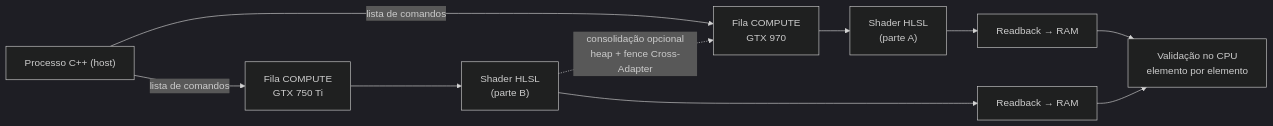
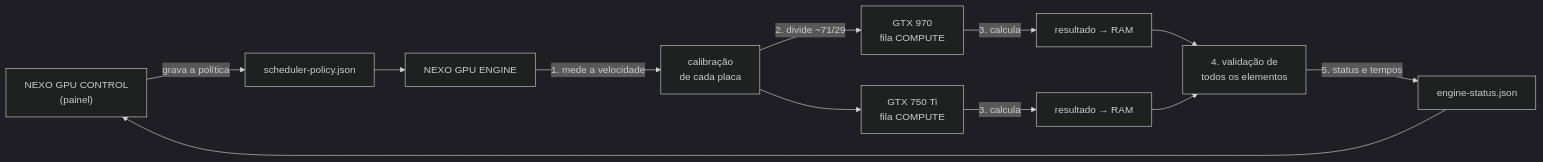
Before and after one commit to Bruno-Gadelha25/nexo-dual-gpu-lab: the first of 2 diagrams in README.md, drawn with Mermaid (dark theme). The commit also changed other lines of this file and 6 other files, not shown here.

````diff
--- a/README.md
+++ b/README.md
@@ -40,10 +104,14 @@
 ```mermaid
 flowchart LR
-  CPU["Processo C++ (host)"] -->|lista de comandos| Q0["Fila COMPUTE<br/>GTX 970"]
-  CPU -->|lista de comandos| Q1["Fila COMPUTE<br/>GTX 750 Ti"]
-  Q0 --> K0["Shader HLSL<br/>(parte A)"] --> R0["Readback → RAM"]
-  Q1 --> K1["Shader HLSL<br/>(parte B)"] --> R1["Readback → RAM"]
-  R0 --> V["Validação no CPU<br/>elemento por elemento"]
+  UI["NEXO GPU CONTROL<br/>(painel)"] -->|grava a política| POL["scheduler-policy.json"]
+  POL --> ENG["NEXO GPU ENGINE"]
+  ENG -->|1. mede a velocidade| CAL["calibração<br/>de cada placa"]
+  CAL -->|2. divide ~71/29| Q0["GTX 970<br/>fila COMPUTE"]
+  CAL --> Q1["GTX 750 Ti<br/>fila COMPUTE"]
+  Q0 -->|3. calcula| R0["resultado → RAM"]
+  Q1 -->|3. calcula| R1["resultado → RAM"]
+  R0 --> V["4. validação de<br/>todos os elementos"]
   R1 --> V
-  K1 -. "consolidação opcional<br/>heap + fence Cross-Adapter" .-> Q0
+  V -->|5. status e tempos| ST["engine-status.json"]
+  ST --> UI
 ```
````
